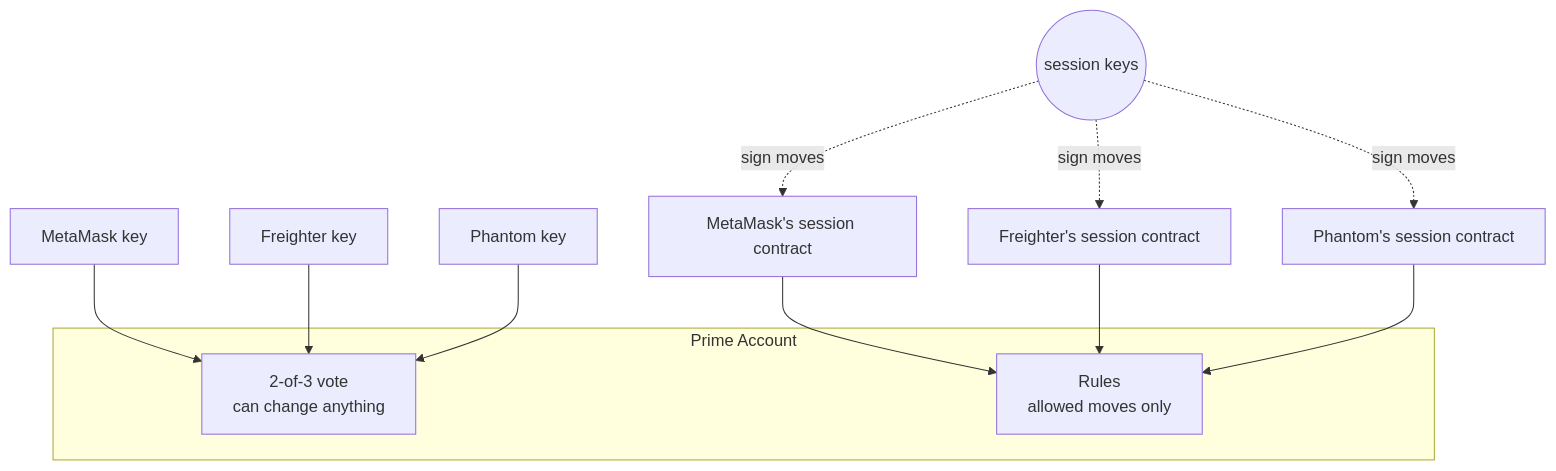
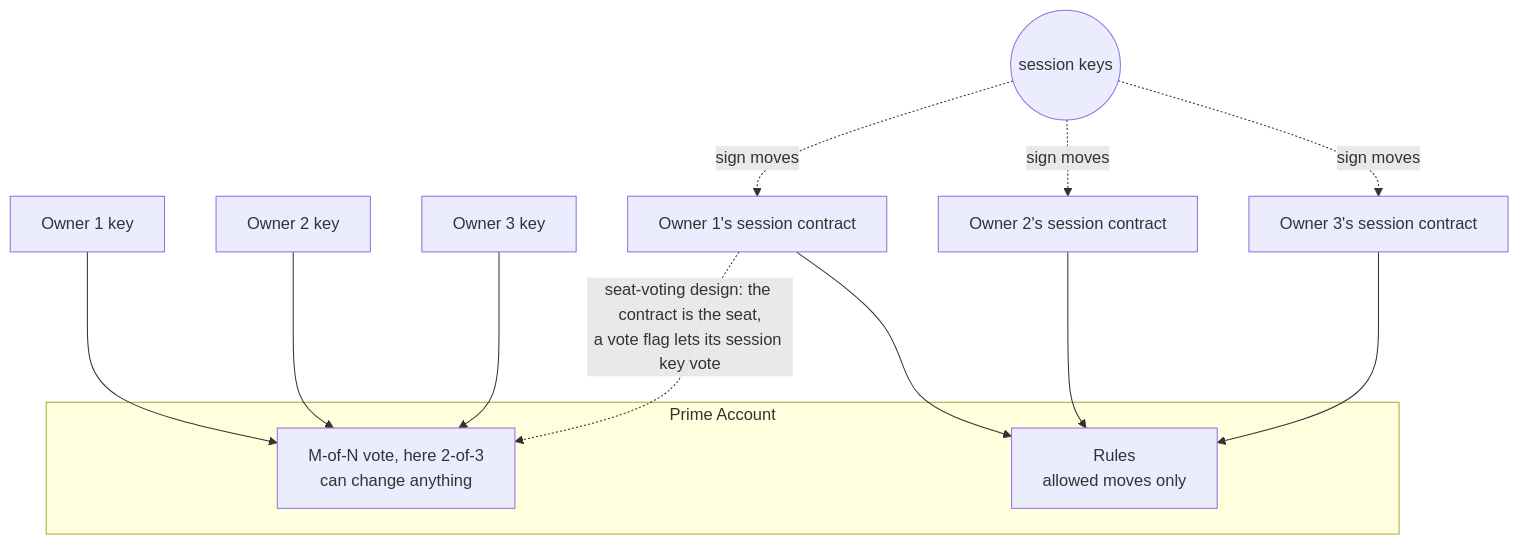
The second of 8 diagrams in contracts/prime-session/ARCHITECTURE.md (untangledfinance/oz-policy-builder), drawn with Mermaid before and after one commit. The commit also changed other lines of this file, not shown here.

Commit message:
docs(prime-session): M-of-N owners, wallets by signature family, session keys that vote

````diff
--- a/contracts/prime-session/ARCHITECTURE.md
+++ b/contracts/prime-session/ARCHITECTURE.md
@@ -89,14 +96,15 @@
 ```mermaid
 flowchart TB
   subgraph A[Prime Account]
-    V[2-of-3 vote<br/>can change anything]
+    V[M-of-N vote, here 2-of-3<br/>can change anything]
     R[Rules<br/>allowed moves only]
   end
-  KMM[MetaMask key] --> V
-  KFR[Freighter key] --> V
-  KPH[Phantom key] --> V
-  SMM[MetaMask's session contract] --> R
-  SFR[Freighter's session contract] --> R
-  SPH[Phantom's session contract] --> R
+  KMM[Owner 1 key] --> V
+  KFR[Owner 2 key] --> V
+  KPH[Owner 3 key] --> V
+  SMM[Owner 1's session contract] --> R
+  SFR[Owner 2's session contract] --> R
+  SPH[Owner 3's session contract] --> R
   SK((session keys)) -. sign moves .-> SMM & SFR & SPH
+  SMM -. "seat-voting design: the contract is the seat,<br/>a vote flag lets its session key vote" .-> V
 ```
````
